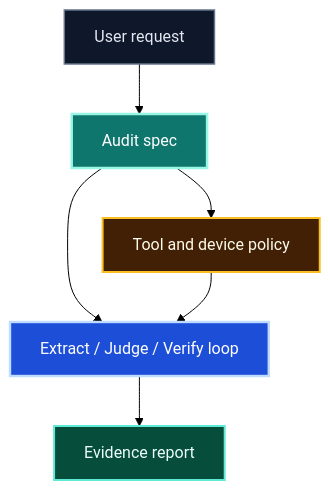
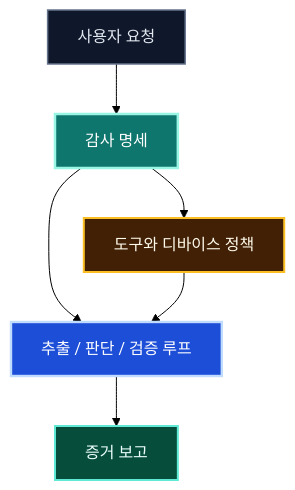
One commit to koalav/present-anyything changed the eighth of 14 diagrams in content/decks/ai-agent-effective-use/mermaid-diagrams.md. Above: the diagram before and after it, drawn with Mermaid (forest theme). The commit also changed other lines of this file and 19 other files, not shown here.

````diff
--- a/content/decks/ai-agent-effective-use/mermaid-diagrams.md
+++ b/content/decks/ai-agent-effective-use/mermaid-diagrams.md
@@ -192,13 +170,13 @@
 ```mermaid
 flowchart TB
-  User[User request]:::input --> Spec[Audit spec]:::core
-  Spec --> Loop[Extract / Judge / Verify loop]:::loop
-  Loop --> Evidence[Evidence report]:::success
-  Spec --> Guard[Tool and device policy]:::guard
+  User[사용자 요청]:::input --> Spec[감사 명세]:::core
+  Spec --> Loop[추출 / 판단 / 검증 루프]:::loop
+  Loop --> Evidence[증거 보고]:::success
+  Spec --> Guard[도구와 디바이스 정책]:::guard
   Guard --> Loop
   classDef input fill:#0f172a,stroke:#64748b,color:#e2e8f0,stroke-width:1.5px;
   classDef core fill:#0f766e,stroke:#99f6e4,color:#ffffff,stroke-width:2.5px;
   classDef loop fill:#1d4ed8,stroke:#bfdbfe,color:#ffffff,stroke-width:2.4px;
   classDef guard fill:#422006,stroke:#fbbf24,color:#fffbeb,stroke-width:2px;
   classDef success fill:#064e3b,stroke:#5eead4,color:#ecfeff,stroke-width:2px;
 ```
````
